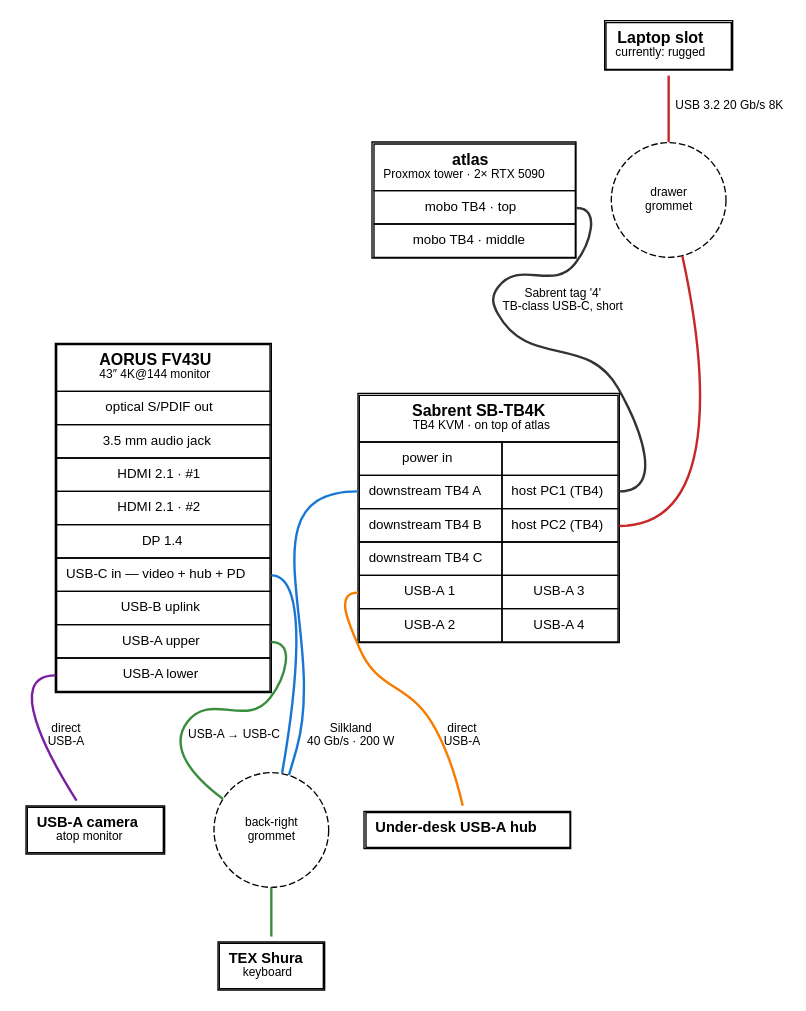
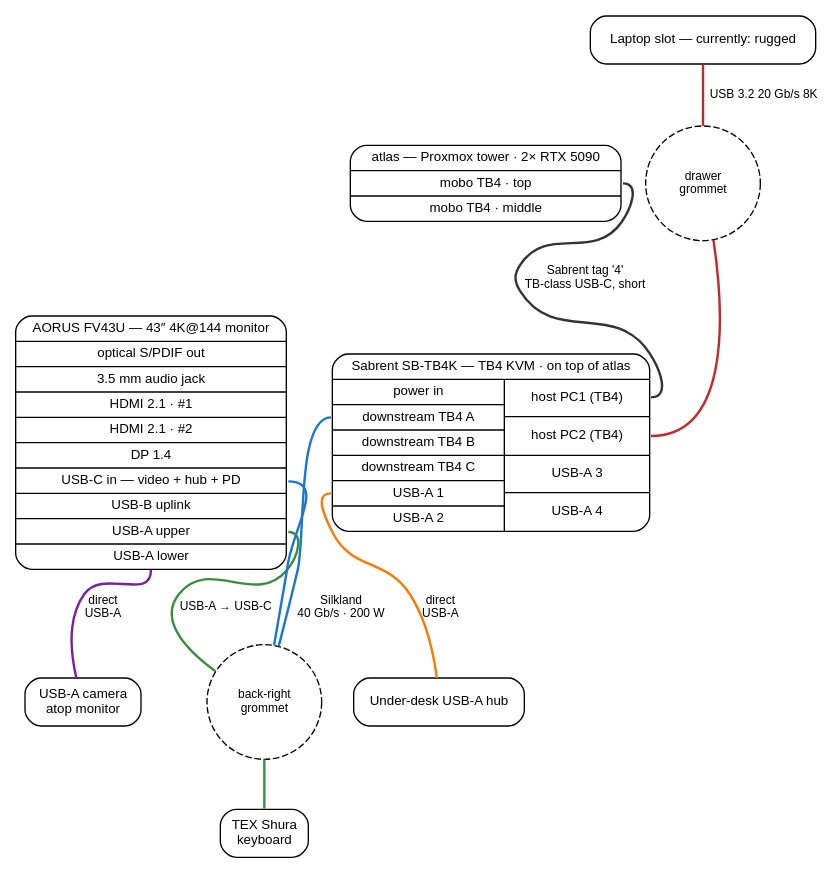
One commit to agentydragon/ducktape changed the diagram in desk/wiring_schematic.dot. Above: the diagram before and after it, drawn with Graphviz. The commit also changed 1 other file, not shown here.

Commit message:
desk: schematic — switch to Mrecord (drop HTML tables)
Same visuals, 31 lines vs. 113. Trade-off: device-name-vs-port
distinction is structural (header at top of block) rather than
typographic. The KVM's two physical sides render via nested {...}
groups — no empty-cell padding needed for the shorter host side.

Rendered same way:
  dot -Tsvg desk/wiring_schematic.dot -o desk/wiring_schematic.svg

Claude-Session: https://claude.ai/code/session_01RA9zk6kHcosLHXegpeEHaz

```diff
--- a/desk/wiring_schematic.dot
+++ b/desk/wiring_schematic.dot
@@ -1,113 +1,31 @@
-// Desk wiring — schematic view.
-//
-// Rendered with:
-//   dot -Tsvg desk/wiring_schematic.dot -o desk/wiring_schematic.svg
-//
-// Hardware nodes are uncoloured (bold header + plain port rows).
-// Wire colours are distinct per physical cable and are intended to
-// match the eventual coloured cable-marker system.
-
 digraph desk_wiring {
     graph [fontname="Helvetica"];
-    node  [shape=none, fontname="Helvetica", fontsize=10];
+    node  [shape=Mrecord, fontname="Helvetica", fontsize=10];
     edge  [fontname="Helvetica", fontsize=9, penwidth=1.8, dir=none];
 
-    monitor [label=<
-      <TABLE BORDER="1" CELLBORDER="1" CELLSPACING="0" CELLPADDING="6">
-        <TR><TD><FONT POINT-SIZE="12"><B>AORUS FV43U</B></FONT><BR/><FONT POINT-SIZE="9">43″ 4K@144 monitor</FONT></TD></TR>
-        <TR><TD>optical S/PDIF out</TD></TR>
-        <TR><TD>3.5 mm audio jack</TD></TR>
-        <TR><TD>HDMI 2.1 · #1</TD></TR>
-        <TR><TD>HDMI 2.1 · #2</TD></TR>
-        <TR><TD>DP 1.4</TD></TR>
-        <TR><TD PORT="usbc">USB-C in — video + hub + PD</TD></TR>
-        <TR><TD>USB-B uplink</TD></TR>
-        <TR><TD PORT="hi">USB-A upper</TD></TR>
-        <TR><TD PORT="lo">USB-A lower</TD></TR>
-      </TABLE>
-    >];
+    monitor [label="{ AORUS FV43U — 43″ 4K@144 monitor | optical S/PDIF out | 3.5 mm audio jack | HDMI 2.1 · #1 | HDMI 2.1 · #2 | DP 1.4 | <usbc> USB-C in — video + hub + PD | USB-B uplink | <hi> USB-A upper | <lo> USB-A lower }"];
 
-    // KVM ports laid out to match the physical back of the box:
-    //   left  ("peripheral" side): power · 3× downstream TB4 · 2× USB-A
-    //   right ("host" side)      : 2× host TB4 · 2× USB-A
-    kvm [label=<
-      <TABLE BORDER="1" CELLBORDER="1" CELLSPACING="0" CELLPADDING="6">
-        <TR><TD COLSPAN="2"><FONT POINT-SIZE="12"><B>Sabrent SB-TB4K</B></FONT><BR/><FONT POINT-SIZE="9">TB4 KVM · on top of atlas</FONT></TD></TR>
-        <TR><TD>power in</TD><TD></TD></TR>
-        <TR><TD PORT="ds_a">downstream TB4 A</TD><TD PORT="pc1">host PC1 (TB4)</TD></TR>
-        <TR><TD>downstream TB4 B</TD><TD PORT="pc2">host PC2 (TB4)</TD></TR>
-        <TR><TD>downstream TB4 C</TD><TD></TD></TR>
-        <TR><TD PORT="usba1">USB-A 1</TD><TD>USB-A 3</TD></TR>
-        <TR><TD>USB-A 2</TD><TD>USB-A 4</TD></TR>
-      </TABLE>
-    >];
+    // KVM: header row, then two vertical columns side by side (peripheral / host)
+    kvm [label="{ Sabrent SB-TB4K — TB4 KVM · on top of atlas | { { power in | <ds_a> downstream TB4 A | downstream TB4 B | downstream TB4 C | <usba1> USB-A 1 | USB-A 2 } | { <pc1> host PC1 (TB4) | <pc2> host PC2 (TB4) | USB-A 3 | USB-A 4 } } }"];
 
-    atlas [label=<
-      <TABLE BORDER="1" CELLBORDER="1" CELLSPACING="0" CELLPADDING="6">
-        <TR><TD><FONT POINT-SIZE="12"><B>atlas</B></FONT><BR/><FONT POINT-SIZE="9">Proxmox tower · 2× RTX 5090</FONT></TD></TR>
-        <TR><TD PORT="tb_top">mobo TB4 · top</TD></TR>
-        <TR><TD>mobo TB4 · middle</TD></TR>
-      </TABLE>
-    >];
+    atlas [label="{ atlas — Proxmox tower · 2× RTX 5090 | <tb_top> mobo TB4 · top | mobo TB4 · middle }"];
 
-    laptop [label=<
-      <TABLE BORDER="1" CELLBORDER="1" CELLSPACING="0" CELLPADDING="6">
-        <TR><TD><FONT POINT-SIZE="12"><B>Laptop slot</B></FONT><BR/><FONT POINT-SIZE="9">currently: rugged</FONT></TD></TR>
-      </TABLE>
-    >];
+    laptop [label="Laptop slot — currently: rugged"];
 
     g_backright [shape=circle, style=dashed, label="back-right\ngrommet", fontsize=9, width=1.2, height=1.2];
     g_drawer    [shape=circle, style=dashed, label="drawer\ngrommet",    fontsize=9, width=1.2, height=1.2];
 
-    cam [label=<
-      <TABLE BORDER="1" CELLBORDER="1" CELLSPACING="0" CELLPADDING="6">
-        <TR><TD><FONT POINT-SIZE="11"><B>USB-A camera</B></FONT><BR/><FONT POINT-SIZE="9">atop monitor</FONT></TD></TR>
-      </TABLE>
-    >];
+    cam [label="USB-A camera\natop monitor"];
+    kbd [label="TEX Shura\nkeyboard"];
+    hub [label="Under-desk USB-A hub"];
 
-    kbd [label=<
-      <TABLE BORDER="1" CELLBORDER="1" CELLSPACING="0" CELLPADDING="6">
-        <TR><TD><FONT POINT-SIZE="11"><B>TEX Shura</B></FONT><BR/><FONT POINT-SIZE="9">keyboard</FONT></TD></TR>
-      </TABLE>
-    >];
-
-    hub [label=<
-      <TABLE BORDER="1" CELLBORDER="1" CELLSPACING="0" CELLPADDING="6">
-        <TR><TD><FONT POINT-SIZE="11"><B>Under-desk USB-A hub</B></FONT></TD></TR>
-      </TABLE>
-    >];
-
-    // ── cables ──────────────────────────────────────────────────────────
-    // Each physical cable gets its own colour, distinct from every other
-    // cable. Colours also drive the eventual physical marker system.
-
-    // atlas ↔ KVM (dark grey)
-    atlas:tb_top -> kvm:pc1
-        [label="Sabrent tag '4'\nTB-class USB-C, short", color="#333333"];
-
-    // laptop ↔ KVM via drawer grommet (red)
-    laptop -> g_drawer
-        [label="USB 3.2 20 Gb/s 8K", color="#c62828"];
-    g_drawer -> kvm:pc2
-        [color="#c62828"];
-
-    // KVM ↔ monitor via back-right grommet (blue)
-    kvm:ds_a -> g_backright
-        [label="Silkland\n40 Gb/s · 200 W", color="#1976d2"];
-    g_backright -> monitor:usbc
-        [color="#1976d2"];
-
-    // KVM ↔ under-desk hub (orange)
-    kvm:usba1 -> hub
-        [label="direct\nUSB-A", color="#f57c00"];
-
-    // Monitor hub ↔ keyboard via back-right grommet (green)
-    monitor:hi -> g_backright
-        [label="USB-A → USB-C", color="#388e3c"];
-    g_backright -> kbd
-        [color="#388e3c"];
-
-    // Monitor hub ↔ camera (purple)
-    monitor:lo -> cam
-        [label="direct\nUSB-A", color="#7b1fa2"];
+    atlas:tb_top -> kvm:pc1 [label="Sabrent tag '4'\nTB-class USB-C, short", color="#333333"];
+    laptop -> g_drawer      [label="USB 3.2 20 Gb/s 8K", color="#c62828"];
+    g_drawer -> kvm:pc2     [color="#c62828"];
+    kvm:ds_a -> g_backright [label="Silkland\n40 Gb/s · 200 W", color="#1976d2"];
+    g_backright -> monitor:usbc [color="#1976d2"];
+    kvm:usba1 -> hub        [label="direct\nUSB-A", color="#f57c00"];
+    monitor:hi -> g_backright [label="USB-A → USB-C", color="#388e3c"];
+    g_backright -> kbd      [color="#388e3c"];
+    monitor:lo -> cam       [label="direct\nUSB-A", color="#7b1fa2"];
 }
```
